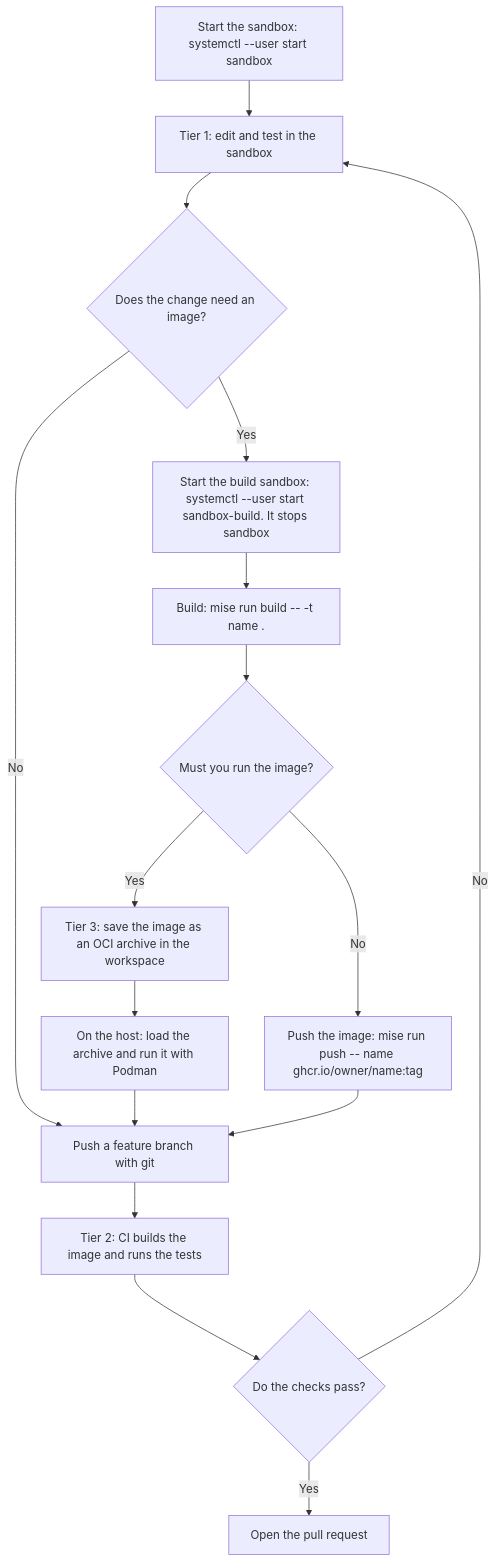
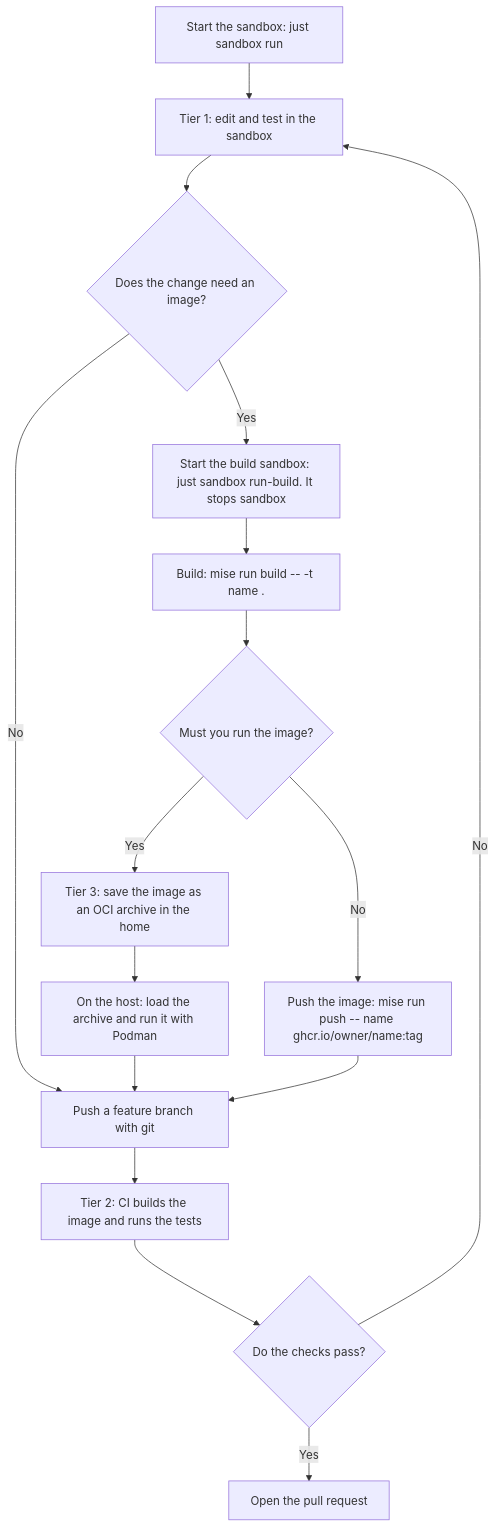
One commit to raghav19/engineersdaybook changed the diagram in .sandbox/README.md. Above: the diagram before and after it, drawn with Mermaid. The commit also changed other lines of this file, not shown here.

First line of the commit message:
sandbox: update the README for the podman run command

````diff
--- a/.sandbox/README.md
+++ b/.sandbox/README.md
@@ -89,18 +88,18 @@
 ```mermaid
 flowchart TD
-    A[Start the sandbox: systemctl --user start sandbox] --> B[Tier 1: edit and test in the sandbox]
+    A[Start the sandbox: just sandbox run] --> B[Tier 1: edit and test in the sandbox]
     B --> C{Does the change need an image?}
     C -->|No| G[Push a feature branch with git]
-    C -->|Yes| E[Start the build sandbox: systemctl --user start sandbox-build. It stops sandbox]
+    C -->|Yes| E[Start the build sandbox: just sandbox run-build. It stops sandbox]
     E --> F[Build: mise run build -- -t name .]
     F --> H{Must you run the image?}
-    H -->|Yes| I[Tier 3: save the image as an OCI archive in the workspace]
+    H -->|Yes| I[Tier 3: save the image as an OCI archive in the home]
     I --> J[On the host: load the archive and run it with Podman]
     H -->|No| K[Push the image: mise run push -- name ghcr.io/owner/name:tag]
     J --> G
     K --> G
     G --> L[Tier 2: CI builds the image and runs the tests]
     L --> M{Do the checks pass?}
     M -->|Yes| N[Open the pull request]
     M -->|No| B
 ```
````
